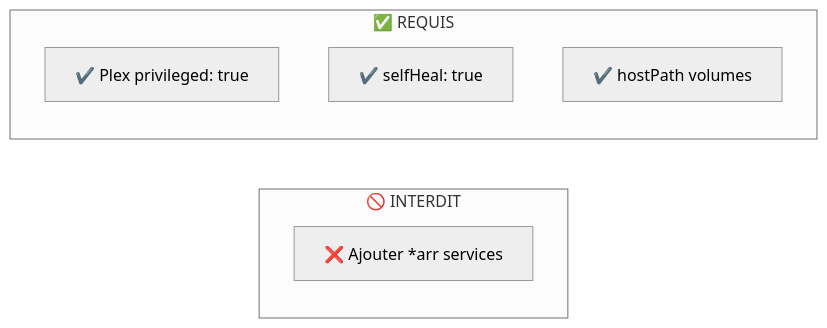
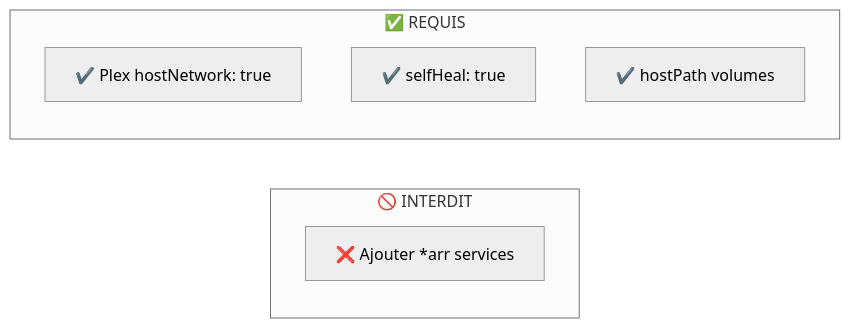
One commit to muchiny/media-stack-k8s changed the fourth of 6 diagrams in CLAUDE.md. Above: the diagram before and after it, drawn with Mermaid (neutral theme). The commit also changed other lines of this file and 3 other files, not shown here.

First line of the commit message:
fix(plex): retirer le mode privileged, inutile sur le Pi 5

````diff
--- a/CLAUDE.md
+++ b/CLAUDE.md
@@ -181,12 +181,12 @@
 ```mermaid
 flowchart LR
     subgraph "🚫 INTERDIT"
         C[❌ Ajouter *arr services]
     end
 
     subgraph "✅ REQUIS"
-        D[✔️ Plex privileged: true]
+        D[✔️ Plex hostNetwork: true]
         E[✔️ selfHeal: true]
         F[✔️ hostPath volumes]
     end
 ```
````
